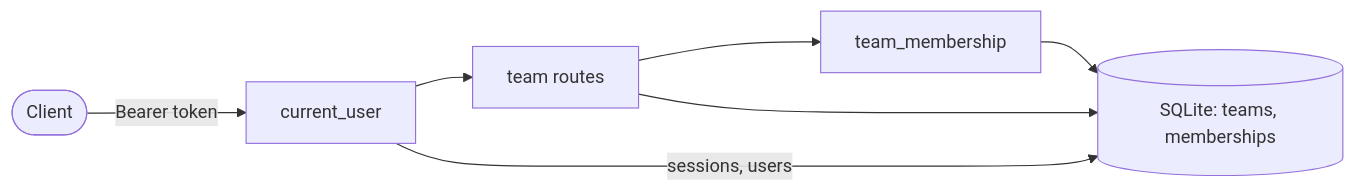
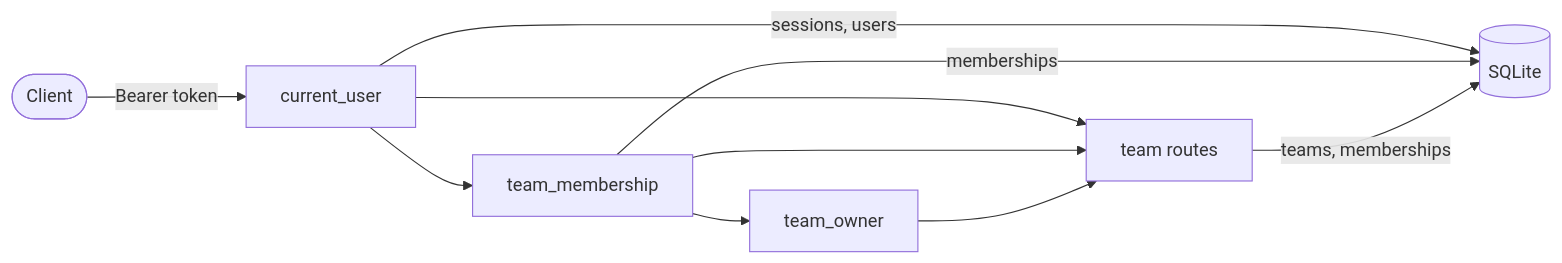
The third of 3 diagrams in 015-teamtasks-teams-and-membership.md (angelkurten/specforge-framework), drawn with Mermaid before and after one commit. The commit also changed other lines of this file and 1 other file, not shown here.

````diff
--- a/015-teamtasks-teams-and-membership.md
+++ b/015-teamtasks-teams-and-membership.md
@@ -224,9 +244,12 @@
 ```mermaid
 flowchart LR
     client([Client]) -->|Bearer token| cu[current_user]
+    cu --> tm[team_membership]
+    tm --> to[team_owner]
     cu --> routes[team routes]
-    routes --> tm[team_membership]
-    tm --> db[(SQLite: teams, memberships)]
-    routes --> db
-    cu -->|sessions, users| db
+    tm --> routes
+    to --> routes
+    cu -->|sessions, users| db[(SQLite)]
+    tm -->|memberships| db
+    routes -->|teams, memberships| db
 ```
````
